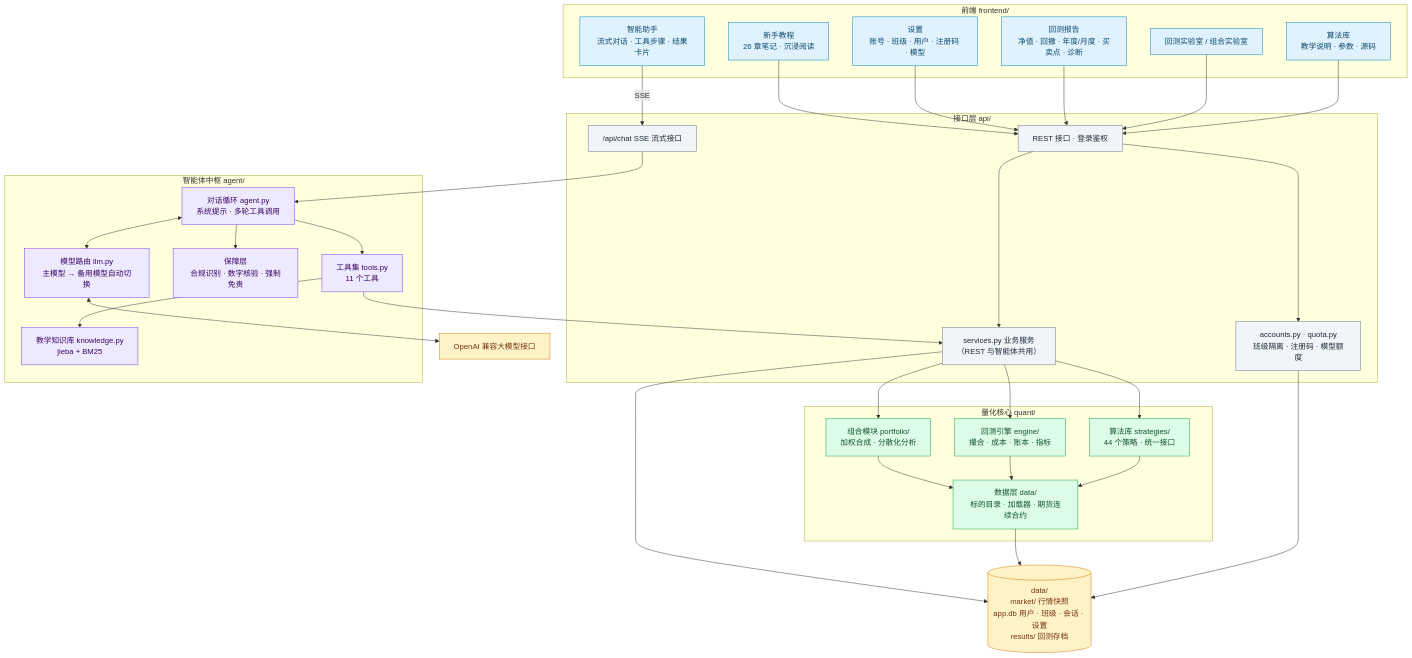
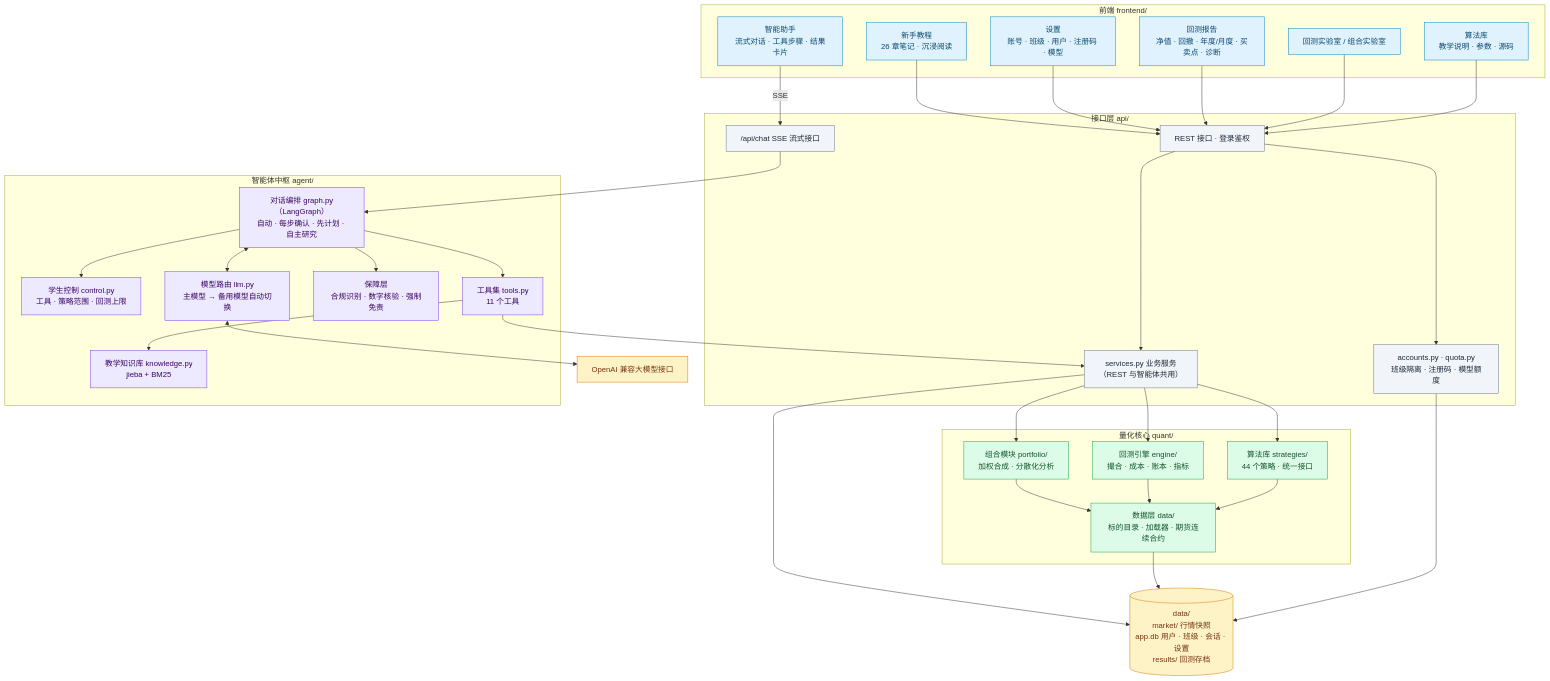
The diagram in docs/diagrams/architecture.mmd (quant-teaching/teaching-agent-quant-platform), drawn with Mermaid before and after one commit. The commit also changed 43 other files, not shown here.

```diff
--- a/docs/diagrams/architecture.mmd
+++ b/docs/diagrams/architecture.mmd
@@ -1,61 +1,63 @@
 flowchart TB
   subgraph FE["前端 frontend/"]
     CHAT["智能助手<br/>流式对话 · 工具步骤 · 结果卡片"]
     LIB["算法库<br/>教学说明 · 参数 · 源码"]
     LAB["回测实验室 / 组合实验室"]
     REP["回测报告<br/>净值 · 回撤 · 年度/月度 · 买卖点 · 诊断"]
     LEARN["新手教程<br/>26 章笔记 · 沉浸阅读"]
     SET["设置<br/>账号 · 班级 · 用户 · 注册码 · 模型"]
   end
 
   subgraph API["接口层 api/"]
     REST["REST 接口 · 登录鉴权"]
     SSE["/api/chat SSE 流式接口"]
     SVC["services.py 业务服务<br/>（REST 与智能体共用）"]
     ACC["accounts.py · quota.py<br/>班级隔离 · 注册码 · 模型额度"]
   end
 
   subgraph AGENT["智能体中枢 agent/"]
-    LOOP["对话循环 agent.py<br/>系统提示 · 多轮工具调用"]
+    LOOP["对话编排 graph.py（LangGraph）<br/>自动 · 每步确认 · 先计划 · 自主研究"]
+    CTL["学生控制 control.py<br/>工具 · 策略范围 · 回测上限"]
     TOOLS["工具集 tools.py<br/>11 个工具"]
     GUARD["保障层<br/>合规识别 · 数字核验 · 强制免责"]
     LLM["模型路由 llm.py<br/>主模型 → 备用模型自动切换"]
     RAG["教学知识库 knowledge.py<br/>jieba + BM25"]
   end
 
   subgraph CORE["量化核心 quant/"]
     STRAT["算法库 strategies/<br/>44 个策略 · 统一接口"]
     ENG["回测引擎 engine/<br/>撮合 · 成本 · 账本 · 指标"]
     PORT["组合模块 portfolio/<br/>加权合成 · 分散化分析"]
     DATA["数据层 data/<br/>标的目录 · 加载器 · 期货连续合约"]
   end
 
   STORE[("data/<br/>market/ 行情快照<br/>app.db 用户 · 班级 · 会话 · 设置<br/>results/ 回测存档")]
   LLMAPI["OpenAI 兼容大模型接口"]
 
   CHAT -- SSE --> SSE
   LIB & LAB & REP & SET & LEARN --> REST
   REST --> ACC
   ACC --> STORE
   SSE --> LOOP
   REST --> SVC
   LOOP <--> LLM
   LLM <--> LLMAPI
   LOOP --> TOOLS --> SVC
   TOOLS --> RAG
   LOOP --> GUARD
+  LOOP --> CTL
   SVC --> STRAT & ENG & PORT
   STRAT & ENG & PORT --> DATA
   DATA --> STORE
   SVC --> STORE
 
   classDef fe fill:#e0f2fe,stroke:#0284c7,color:#0c4a6e
   classDef api fill:#f1f5f9,stroke:#64748b,color:#1e293b
   classDef agent fill:#ede9fe,stroke:#7c3aed,color:#3b0764
   classDef core fill:#dcfce7,stroke:#16a34a,color:#14532d
   classDef data fill:#fef3c7,stroke:#d97706,color:#78350f
   class CHAT,LIB,LAB,REP,SET,LEARN fe
   class REST,SSE,SVC,ACC api
-  class LOOP,TOOLS,GUARD,LLM,RAG agent
+  class LOOP,TOOLS,GUARD,LLM,RAG,CTL agent
   class STRAT,ENG,PORT,DATA core
   class STORE,LLMAPI data
```
